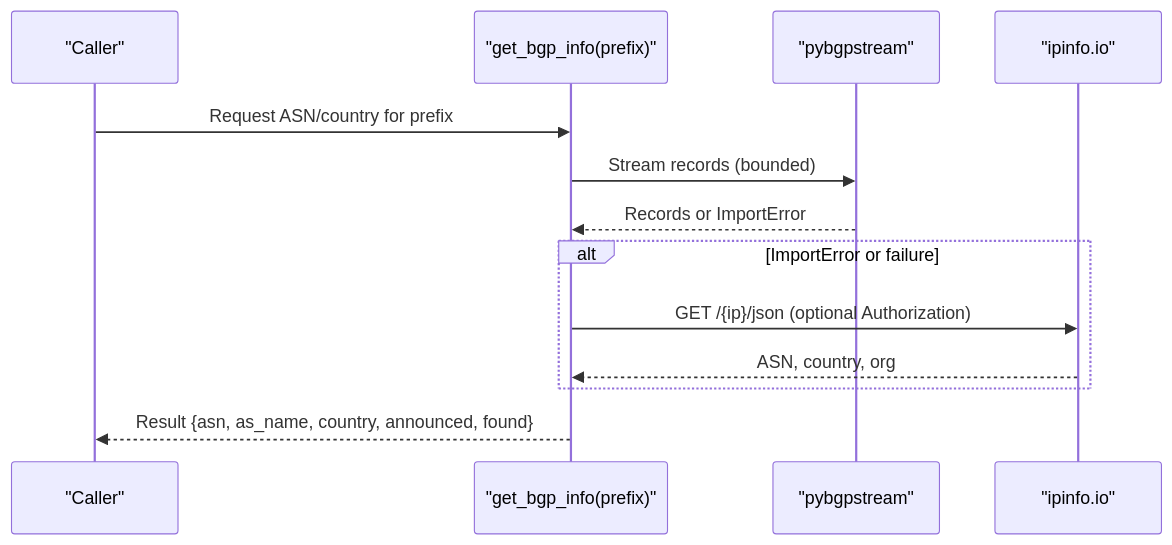
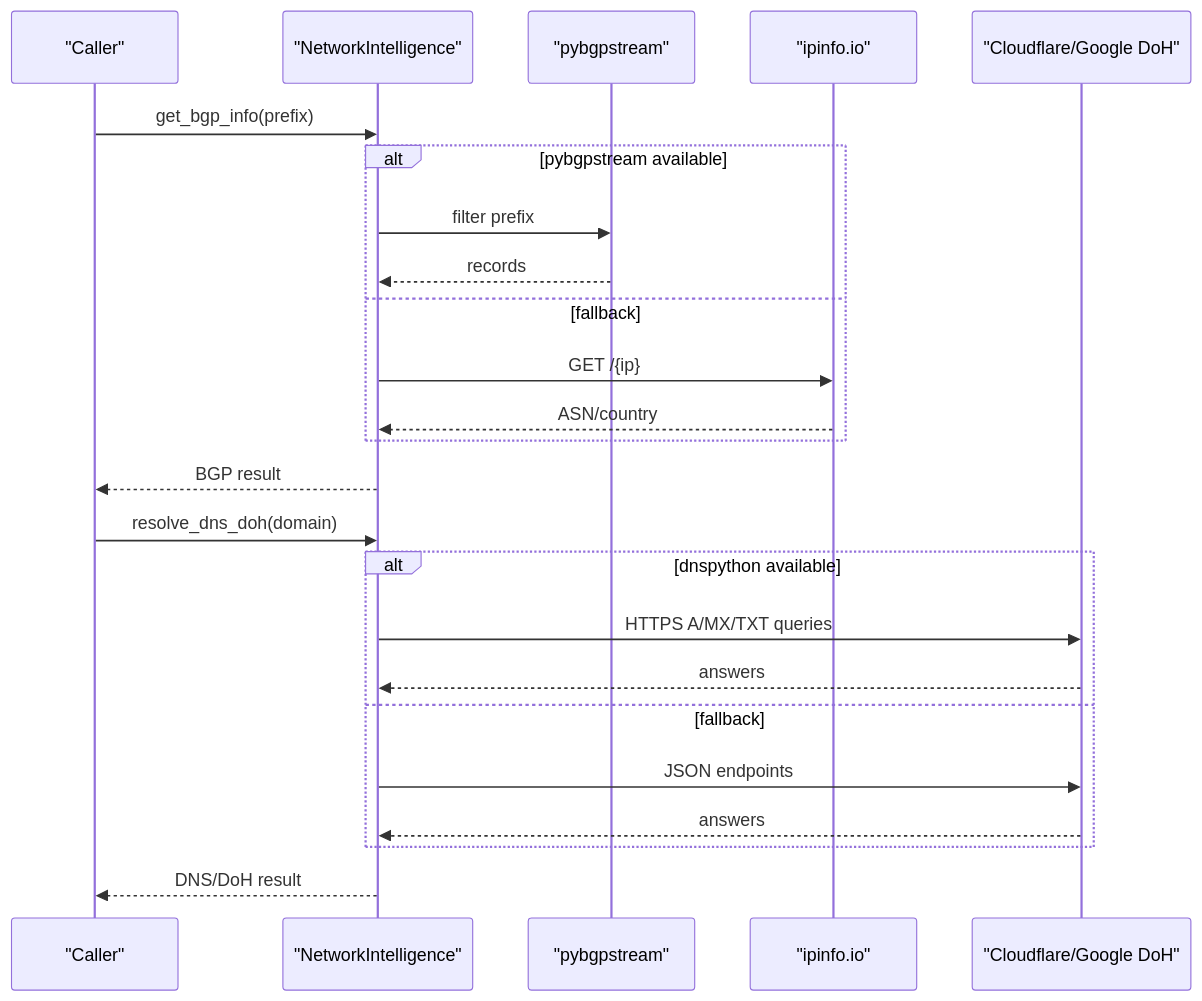
The fifth of 12 diagrams in .qoder/repowiki/en/content/Intelligence Modules/Intelligence Modules.md (Hamulda/hledac-universal), drawn with Mermaid before and after one commit. The commit also changed other lines of this file and 236 other files, not shown here.

````diff
--- a/.qoder/repowiki/en/content/Intelligence Modules/Intelligence Modules.md
+++ b/.qoder/repowiki/en/content/Intelligence Modules/Intelligence Modules.md
@@ -257,15 +236,26 @@
 ```mermaid
 sequenceDiagram
 participant Caller as "Caller"
-participant BGP as "get_bgp_info(prefix)"
-participant BGPLib as "pybgpstream"
+participant Net as "NetworkIntelligence"
+participant BGPS as "pybgpstream"
 participant API as "ipinfo.io"
-Caller->>BGP : Request ASN/country for prefix
-BGP->>BGPLib : Stream records (bounded)
-BGPLib-->>BGP : Records or ImportError
-alt ImportError or failure
-BGP->>API : GET /{ip}/json (optional Authorization)
-API-->>BGP : ASN, country, org
+participant DoH as "Cloudflare/Google DoH"
+Caller->>Net : get_bgp_info(prefix)
+alt pybgpstream available
+Net->>BGPS : filter prefix
+BGPS-->>Net : records
+else fallback
+Net->>API : GET /{ip}
+API-->>Net : ASN/country
 end
-BGP-->>Caller : Result {asn, as_name, country, announced, found}
+Net-->>Caller : BGP result
+Caller->>Net : resolve_dns_doh(domain)
+alt dnspython available
+Net->>DoH : HTTPS A/MX/TXT queries
+DoH-->>Net : answers
+else fallback
+Net->>DoH : JSON endpoints
+DoH-->>Net : answers
+end
+Net-->>Caller : DNS/DoH result
 ```
````
